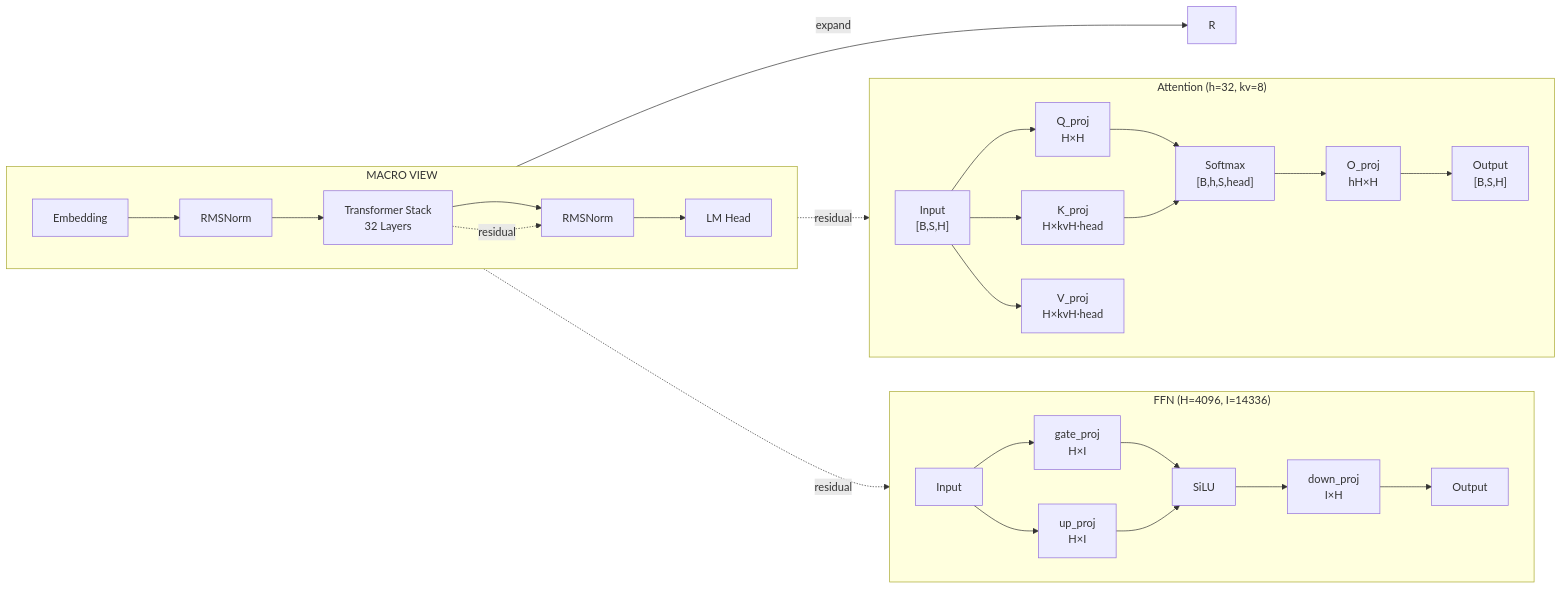
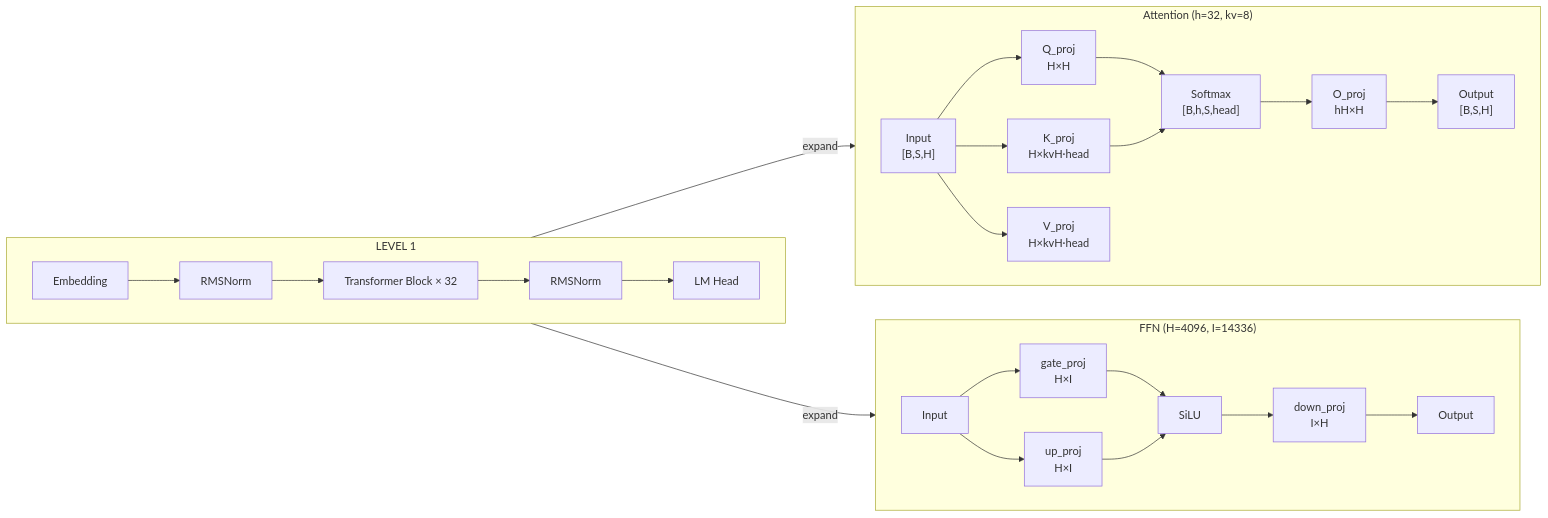
The second of 2 diagrams in llm_arch_generator/docs/superpowers/specs/2026-03-26-llm_arch_generator-design.md (kevinoldching/agent-skills), drawn with Mermaid before and after one commit. The commit also changed other lines of this file, not shown here.

First line of the commit message:
docs: redesign Level 1/2 structure and fix model.py location detection

````diff
--- a/llm_arch_generator/docs/superpowers/specs/2026-03-26-llm_arch_generator-design.md
+++ b/llm_arch_generator/docs/superpowers/specs/2026-03-26-llm_arch_generator-design.md
@@ -197,37 +207,35 @@
 ```mermaid
 graph LR
-    subgraph L["MACRO VIEW"]
+    subgraph L1["LEVEL 1"]
         direction LR
-        E["Embedding"] --> N1["RMSNorm"]
-        N1 --> ST["Transformer Stack<br/>32 Layers"]
-        ST --> N2["RMSNorm"]
-        N2 --> LM["LM Head"]
-        ST -.->|"residual"| N2
+        E["Embedding"] --> LN1["RMSNorm"]
+        LN1 --> TB["Transformer Block × 32"]
+        TB --> LN2["RMSNorm"]
+        LN2 --> LM["LM Head"]
     end
 
-    ST -->|"expand"| R
+    TB -->|"expand"| Attn[" "]
 
     subgraph Attn["Attention (h=32, kv=8)"]
         direction LR
         In["Input<br/>[B,S,H]"] --> Q["Q_proj<br/>H×H"]
         In --> K["K_proj<br/>H×kvH·head"]
         In --> V["V_proj<br/>H×kvH·head"]
         Q --> Soft["Softmax<br/>[B,h,S,head]"]
         K --> Soft
         Soft --> O["O_proj<br/>hH×H"]
         O --> Out["Output<br/>[B,S,H]"]
     end
 
+    TB -->|"expand"| FFN[" "]
+
     subgraph FFN["FFN (H=4096, I=14336)"]
         direction LR
         Fin["Input"] --> Gate["gate_proj<br/>H×I"]
         Fin --> Up["up_proj<br/>H×I"]
         Gate --> Mul["SiLU"]
         Up --> Mul
         Mul --> Down["down_proj<br/>I×H"]
         Down --> Fout["Output"]
     end
-
-    ST -.->|"residual"| Attn
-    ST -.->|"residual"| FFN
 ```
````
